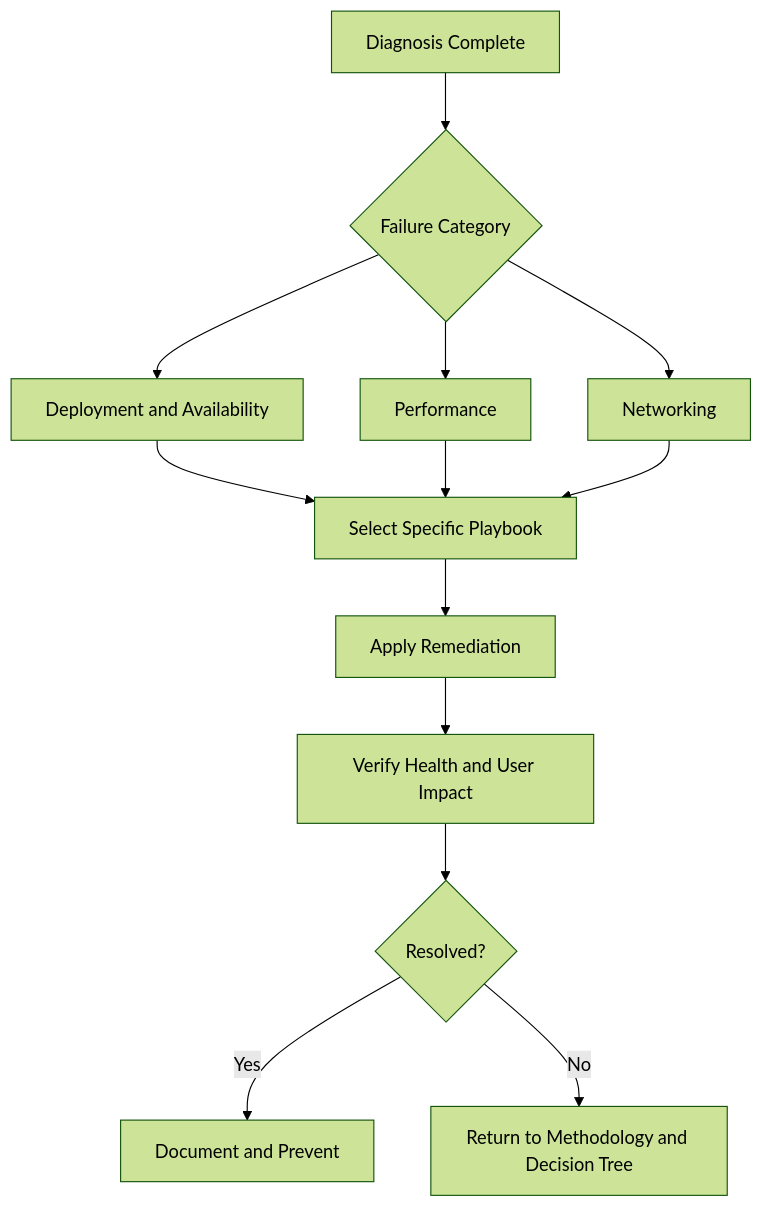
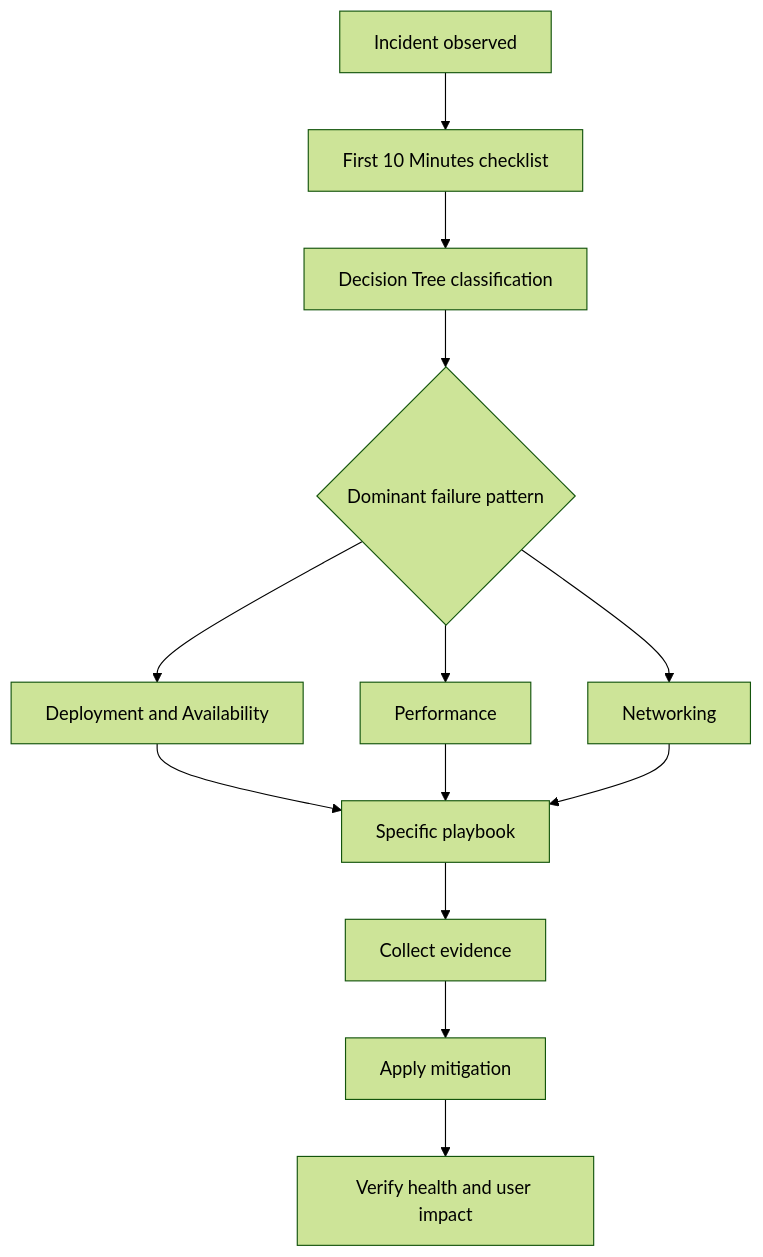
One commit to yeongseon/aws-elastic-beanstalk-practical-guide changed the diagram in docs/troubleshooting/playbooks/index.md. Above: the diagram before and after it, drawn with Mermaid (forest theme). The commit also changed other lines of this file and 223 other files, not shown here.

````diff
--- a/docs/troubleshooting/playbooks/index.md
+++ b/docs/troubleshooting/playbooks/index.md
@@ -12,15 +12,15 @@
 ```mermaid
 flowchart TD
-    A[Diagnosis Complete] --> B{Failure Category}
-    B --> C[Deployment and Availability]
-    B --> D[Performance]
-    B --> E[Networking]
-    C --> F[Select Specific Playbook]
-    D --> F
-    E --> F
-    F --> G[Apply Remediation]
-    G --> H[Verify Health and User Impact]
-    H --> I{Resolved?}
-    I -->|Yes| J[Document and Prevent]
-    I -->|No| K[Return to Methodology and Decision Tree]
+    A[Incident observed] --> B[First 10 Minutes checklist]
+    B --> C[Decision Tree classification]
+    C --> D{Dominant failure pattern}
+    D --> E[Deployment and Availability]
+    D --> F[Performance]
+    D --> G[Networking]
+    E --> H[Specific playbook]
+    F --> H
+    G --> H
+    H --> I[Collect evidence]
+    I --> J[Apply mitigation]
+    J --> K[Verify health and user impact]
 ```
````
